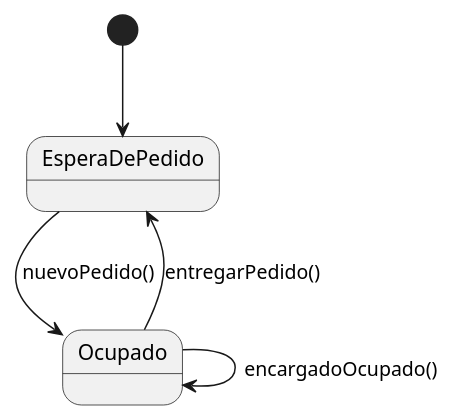
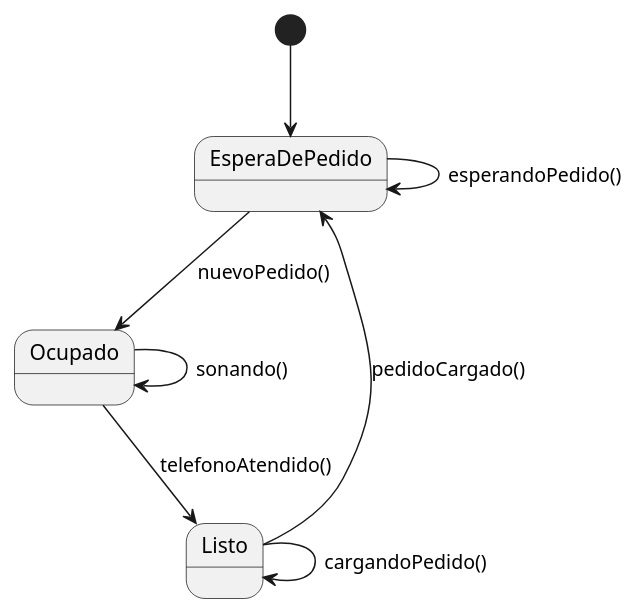
Before and after one commit to franciscolmos/PC-Ejercicios: the diagram in Delivery/UML/telefono.puml, drawn with PlantUML. The commit also changed 4 other files, not shown here.

Commit message:
actualizaciones en los diagramas de estados

```diff
--- a/Delivery/UML/telefono.puml
+++ b/Delivery/UML/telefono.puml
@@ -1,6 +1,9 @@
 @startuml Telefono
     [*] --> EsperaDePedido
+    EsperaDePedido --> EsperaDePedido : esperandoPedido()
     EsperaDePedido --> Ocupado : nuevoPedido()
-    Ocupado --> EsperaDePedido: entregarPedido()
-    Ocupado --> Ocupado : encargadoOcupado()
+    Ocupado --> Ocupado : sonando()
+    Ocupado --> Listo: telefonoAtendido()
+    Listo --> Listo : cargandoPedido()
+    Listo --> EsperaDePedido : pedidoCargado()
 @enduml
```
